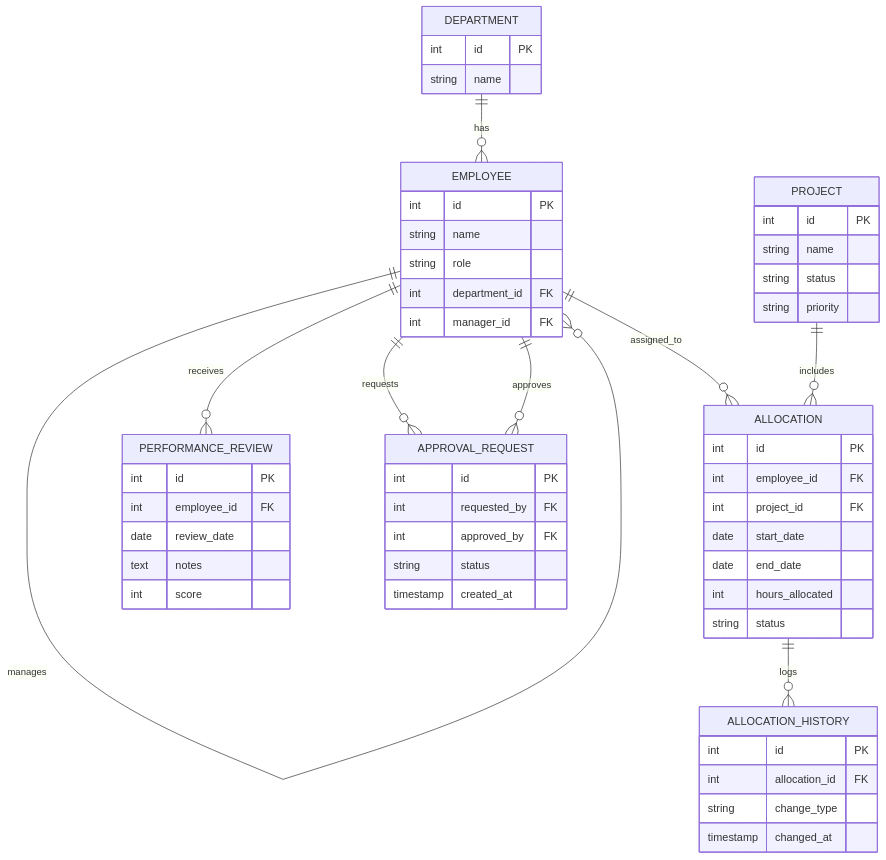
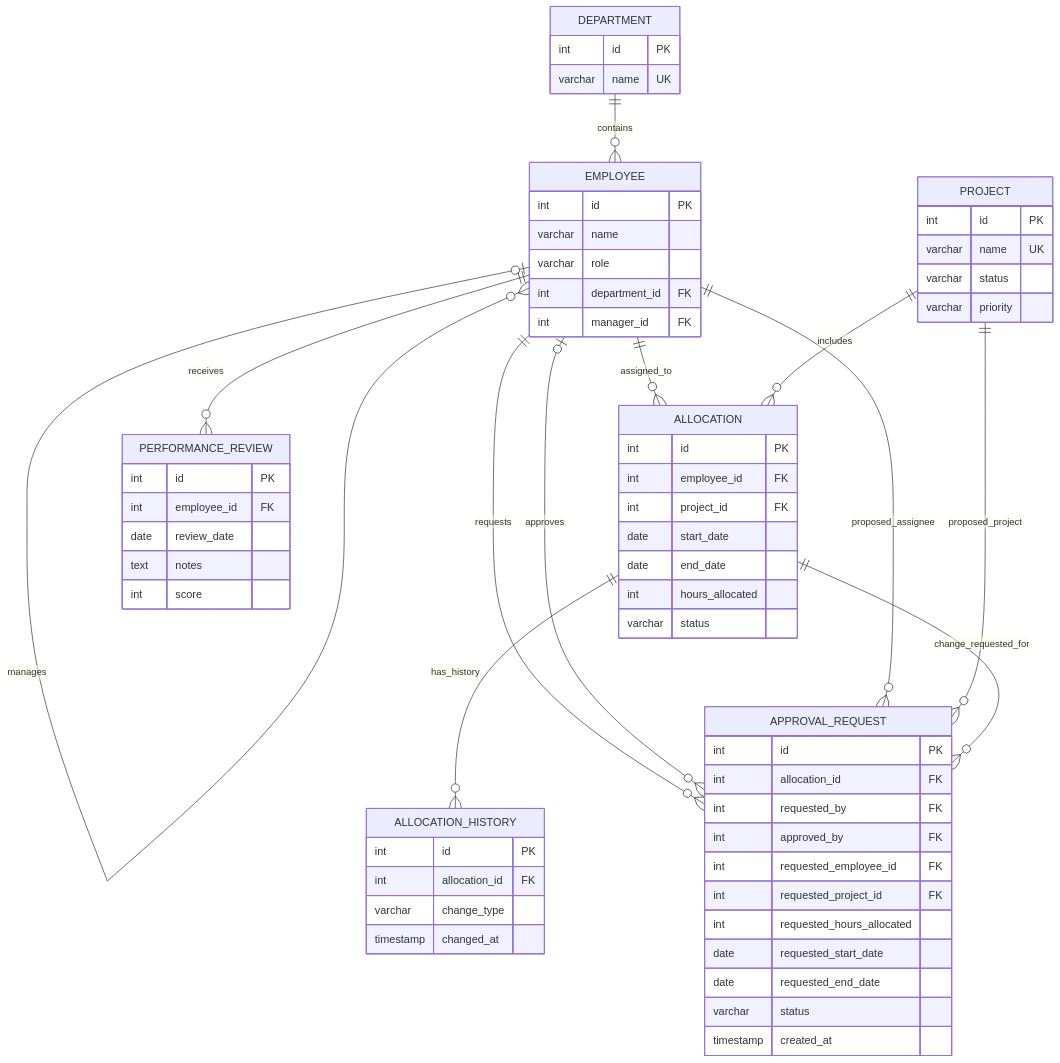
Before and after one commit to Uransh-Gautam/WorkGrid: the second of 2 diagrams in README.md, drawn with Mermaid. The commit also changed other lines of this file, not shown here.

````diff
--- a/README.md
+++ b/README.md
@@ -70,58 +112,74 @@
 ```mermaid
 erDiagram
-    DEPARTMENT ||--o{ EMPLOYEE : has
-    EMPLOYEE ||--o{ EMPLOYEE : manages
+    DEPARTMENT ||--o{ EMPLOYEE : contains
+    EMPLOYEE o|--o{ EMPLOYEE : manages
     EMPLOYEE ||--o{ ALLOCATION : assigned_to
     PROJECT ||--o{ ALLOCATION : includes
-    ALLOCATION ||--o{ ALLOCATION_HISTORY : logs
+    ALLOCATION ||--o{ ALLOCATION_HISTORY : has_history
     EMPLOYEE ||--o{ PERFORMANCE_REVIEW : receives
+
     EMPLOYEE ||--o{ APPROVAL_REQUEST : requests
-    EMPLOYEE ||--o{ APPROVAL_REQUEST : approves
+    EMPLOYEE o|--o{ APPROVAL_REQUEST : approves
+    EMPLOYEE ||--o{ APPROVAL_REQUEST : proposed_assignee
+    PROJECT ||--o{ APPROVAL_REQUEST : proposed_project
+    ALLOCATION ||--o{ APPROVAL_REQUEST : change_requested_for
+
+    DEPARTMENT {
+        int id PK
+        varchar name UK
+    }
 
     EMPLOYEE {
         int id PK
-        string name
-        string role
+        varchar name
+        varchar role
         int department_id FK
         int manager_id FK
     }
-    DEPARTMENT {
-        int id PK
-        string name
-    }
+
     PROJECT {
         int id PK
-        string name
-        string status
-        string priority
+        varchar name UK
+        varchar status
+        varchar priority
     }
+
     ALLOCATION {
         int id PK
         int employee_id FK
         int project_id FK
         date start_date
         date end_date
         int hours_allocated
-        string status
+        varchar status
     }
+
     ALLOCATION_HISTORY {
         int id PK
         int allocation_id FK
-        string change_type
+        varchar change_type
         timestamp changed_at
     }
+
     PERFORMANCE_REVIEW {
         int id PK
         int employee_id FK
         date review_date
         text notes
         int score
     }
+
     APPROVAL_REQUEST {
         int id PK
+        int allocation_id FK
         int requested_by FK
         int approved_by FK
-        string status
+        int requested_employee_id FK
+        int requested_project_id FK
+        int requested_hours_allocated
+        date requested_start_date
+        date requested_end_date
+        varchar status
         timestamp created_at
     }
 ```
````
